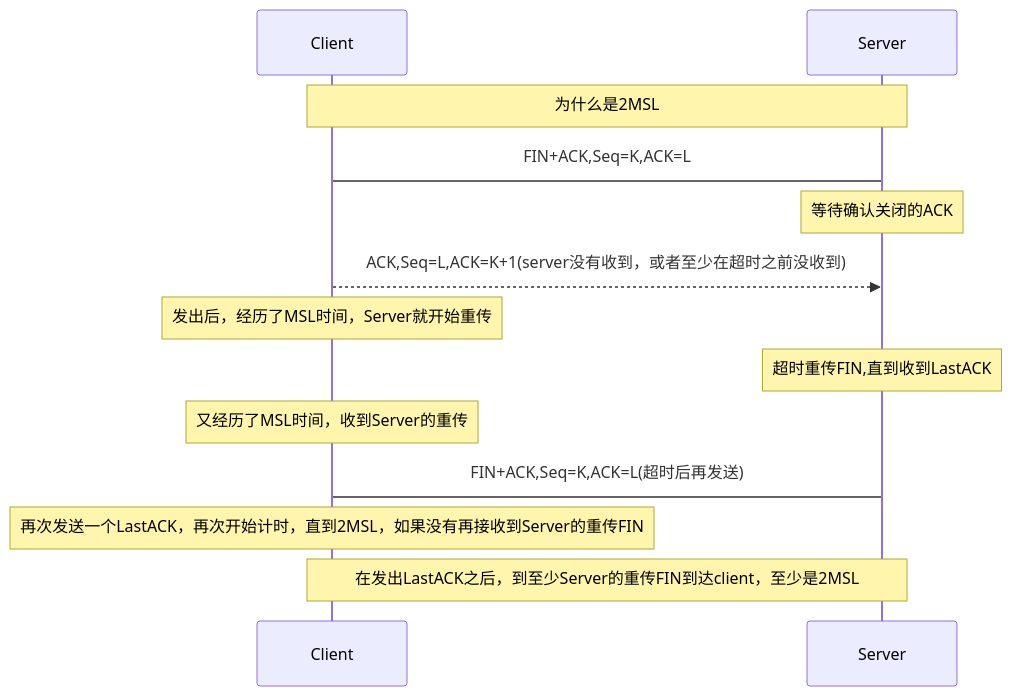
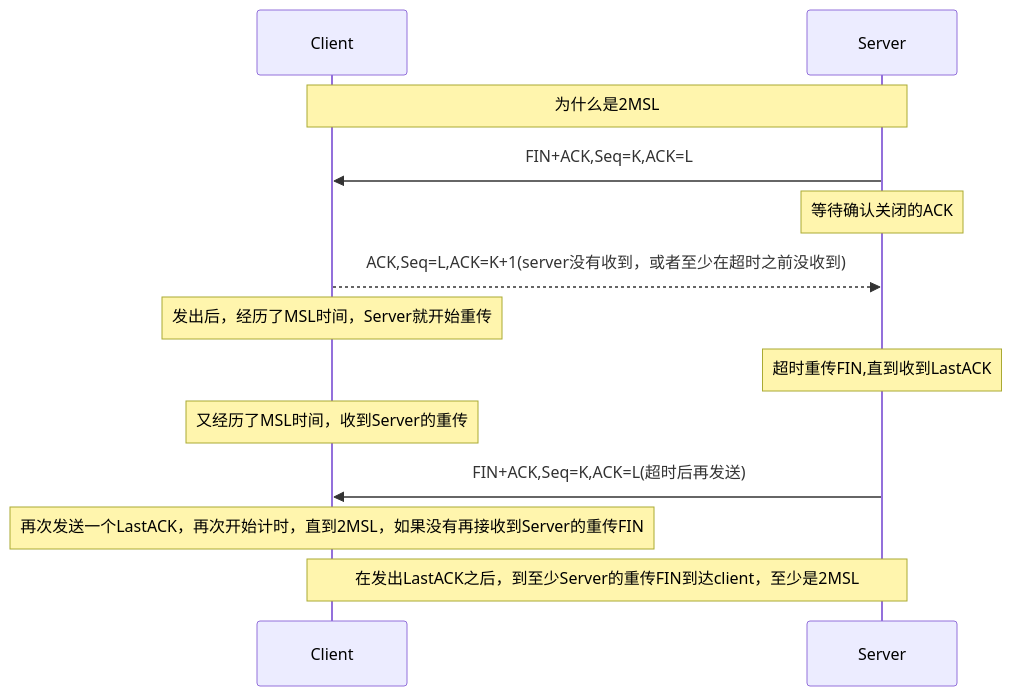
The third of 4 diagrams in modules/technology/base/tcpip.md (Clinan/blog), drawn with Mermaid before and after one commit. The commit also changed other lines of this file and 1 other file, not shown here.

````diff
--- a/modules/technology/base/tcpip.md
+++ b/modules/technology/base/tcpip.md
@@ -218,13 +215,13 @@
 ```mermaid
 sequenceDiagram
 note over Client,Server: 为什么是2MSL
-Server->Client:FIN+ACK,Seq=K,ACK=L
+Server->>Client:FIN+ACK,Seq=K,ACK=L
 note over Server: 等待确认关闭的ACK
 Client-->>Server: ACK,Seq=L,ACK=K+1(server没有收到，或者至少在超时之前没收到)
 note over Client: 发出后，经历了MSL时间，Server就开始重传
 note over Server: 超时重传FIN,直到收到LastACK
 note over Client: 又经历了MSL时间，收到Server的重传
-Server->Client: FIN+ACK,Seq=K,ACK=L(超时后再发送)
+Server->>Client: FIN+ACK,Seq=K,ACK=L(超时后再发送)
 note over Client: 再次发送一个LastACK，再次开始计时，直到2MSL，如果没有再接收到Server的重传FIN
 note over Client,Server: 在发出LastACK之后，到至少Server的重传FIN到达client，至少是2MSL
 ```
````
